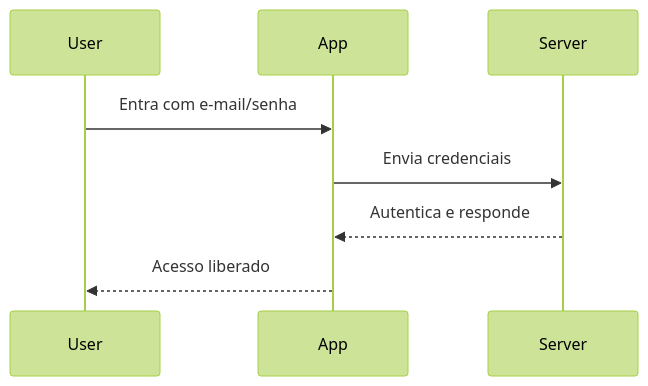
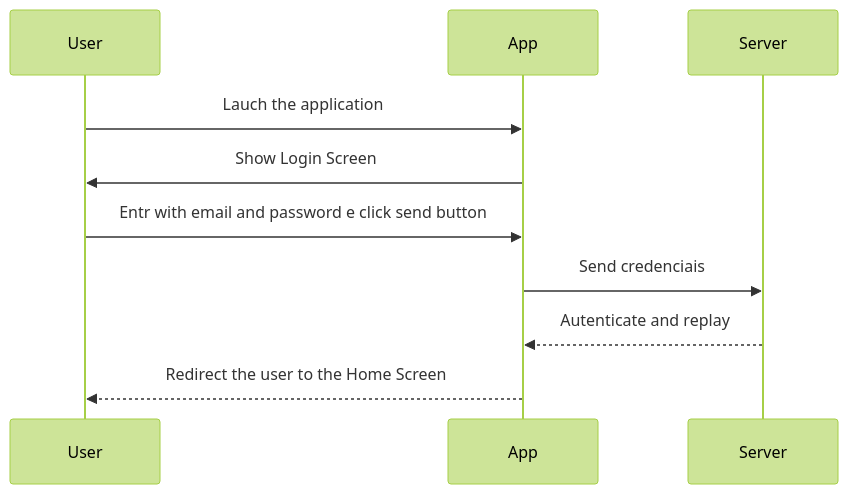
Before and after one commit to herlandro/mermaid: the diagram in README.md, drawn with Mermaid (forest theme).

````diff
--- a/README.md
+++ b/README.md
@@ -1,11 +1,13 @@
 ```mermaid
 sequenceDiagram
   participant User
   participant App
   participant Server
 
-  User->>App: Entra com e-mail/senha
-  App->>Server: Envia credenciais
-  Server-->>App: Autentica e responde
-  App-->>User: Acesso liberado
+  User->>App: Lauch the application
+  App->>User: Show Login Screen
+  User->>App: Entr with email and password e click send button
+  App->>Server: Send credenciais
+  Server-->>App: Autenticate and replay
+  App-->>User: Redirect the user to the Home Screen
 ```
````
